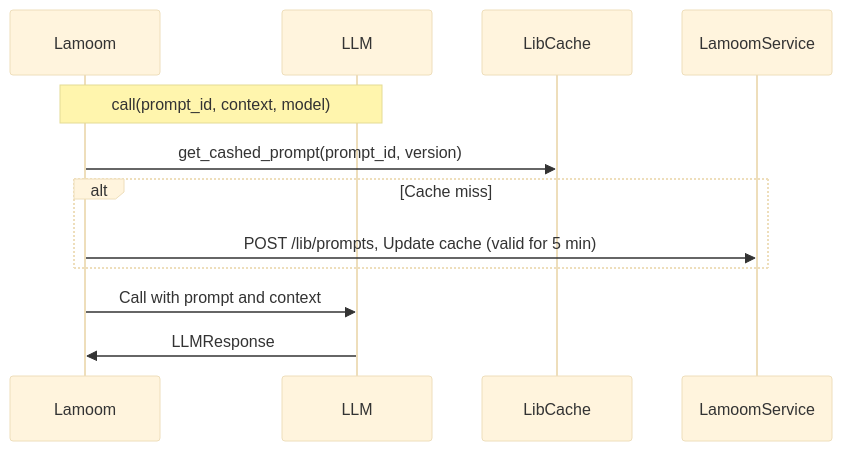
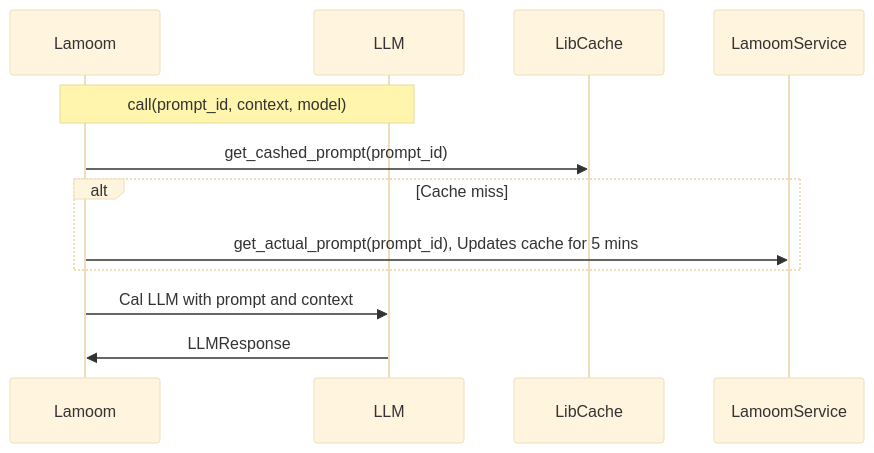
Before and after one commit to LamoomAI/lamoom-python: the first of 4 diagrams in README.md, drawn with Mermaid (base theme).

Commit message:
Updated markdown w. schema, seq test

````diff
--- a/README.md
+++ b/README.md
@@ -39,10 +39,10 @@
 ```mermaid
 sequenceDiagram
     Note over Lamoom,LLM: call(prompt_id, context, model)
-    Lamoom->>LibCache: get_cashed_prompt(prompt_id, version)
+    Lamoom->>LibCache: get_cashed_prompt(prompt_id)
     alt Cache miss
-        Lamoom->>LamoomService: POST /lib/prompts, Update cache (valid for 5 min)
+        Lamoom->>LamoomService: get_actual_prompt(prompt_id), Updates cache for 5 mins
     end
-    Lamoom->>LLM: Call with prompt and context
+    Lamoom->>LLM: Cal LLM with prompt and context
     LLM->>Lamoom: LLMResponse
 ```
````
